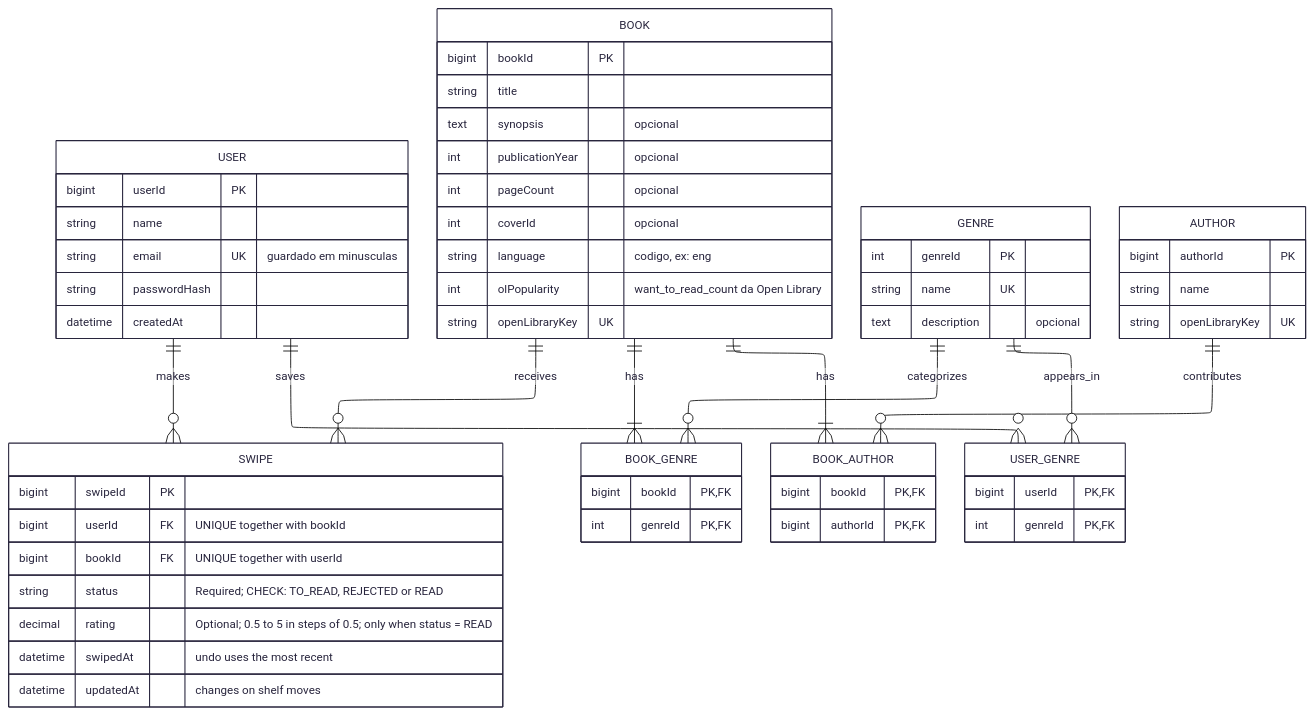
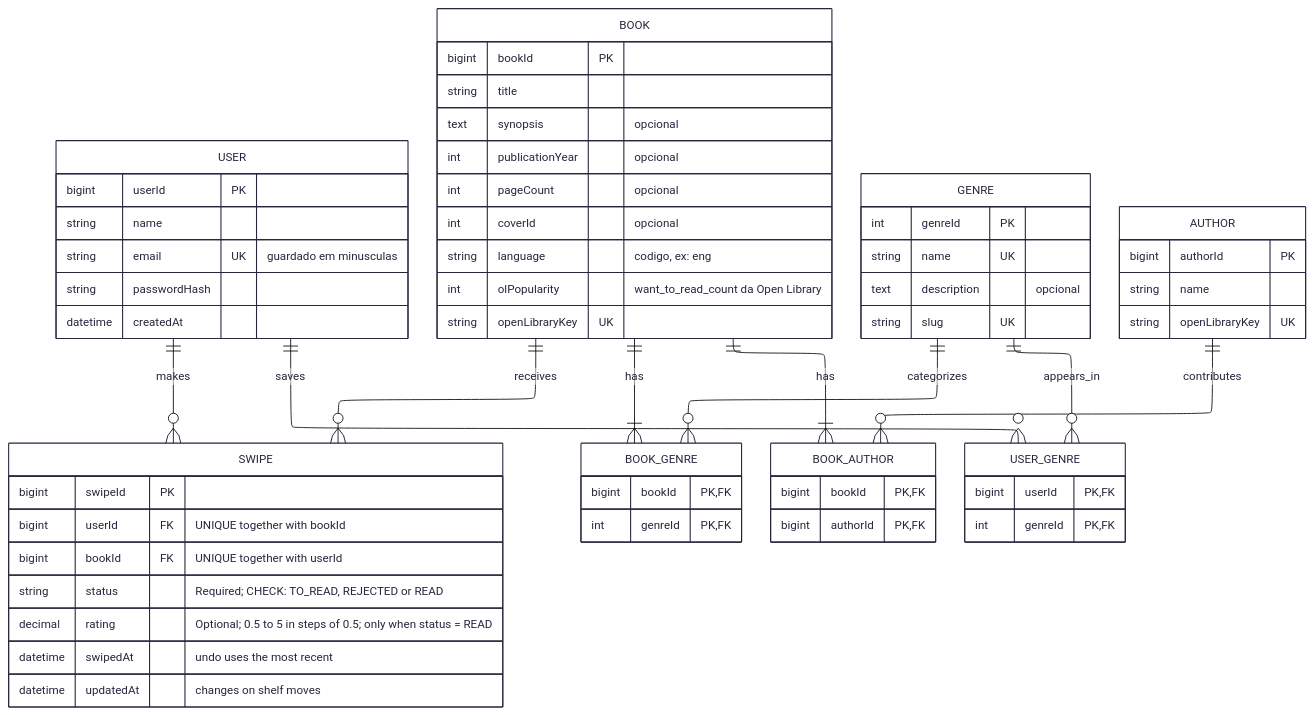
One commit to kakurokan/BookSwipe changed the diagram in docs/er-diagram.md. Above: the diagram before and after it, drawn with Mermaid. The commit also changed 3 other files, not shown here.

First line of the commit message:
feat: add initial schema and genre seed (#60)

````diff
--- a/docs/er-diagram.md
+++ b/docs/er-diagram.md
@@ -3,66 +3,67 @@
 ```mermaid
 ---
 config:
   theme: redux
   layout: elk
 ---
 erDiagram
-    USER ||--o{ SWIPE : makes
-    BOOK ||--o{ SWIPE : receives
-    BOOK ||--|{ BOOK_GENRE : has
-    GENRE ||--o{ BOOK_GENRE : categorizes
-    BOOK ||--|{ BOOK_AUTHOR : has
-    AUTHOR ||--o{ BOOK_AUTHOR : contributes
-    USER ||--o{ USER_GENRE : saves
-    GENRE ||--o{ USER_GENRE : appears_in
+    USER ||--o{ SWIPE: makes
+    BOOK ||--o{ SWIPE: receives
+    BOOK ||--|{ BOOK_GENRE: has
+    GENRE ||--o{ BOOK_GENRE: categorizes
+    BOOK ||--|{ BOOK_AUTHOR: has
+    AUTHOR ||--o{ BOOK_AUTHOR: contributes
+    USER ||--o{ USER_GENRE: saves
+    GENRE ||--o{ USER_GENRE: appears_in
 
     USER {
         bigint userId PK
         string name
         string email UK "guardado em minusculas"
         string passwordHash
         datetime createdAt
     }
     GENRE {
         int genreId PK
         string name UK
         text description "opcional"
+        string slug UK
     }
     BOOK {
         bigint bookId PK
         string title
         text synopsis "opcional"
         int publicationYear "opcional"
         int pageCount "opcional"
         int coverId "opcional"
         string language "codigo, ex: eng"
         int olPopularity "want_to_read_count da Open Library"
         string openLibraryKey UK
     }
     BOOK_GENRE {
         bigint bookId PK, FK
         int genreId PK, FK
     }
     AUTHOR {
         bigint authorId PK
         string name
         string openLibraryKey UK
     }
     BOOK_AUTHOR {
         bigint bookId PK, FK
         bigint authorId PK, FK
     }
     SWIPE {
         bigint swipeId PK
         bigint userId FK "UNIQUE together with bookId"
         bigint bookId FK "UNIQUE together with userId"
         string status "Required; CHECK: TO_READ, REJECTED or READ"
         decimal rating "Optional; 0.5 to 5 in steps of 0.5; only when status = READ"
         datetime swipedAt "undo uses the most recent"
         datetime updatedAt "changes on shelf moves"
     }
     USER_GENRE {
         bigint userId PK, FK
         int genreId PK, FK
     }
 ```
````
